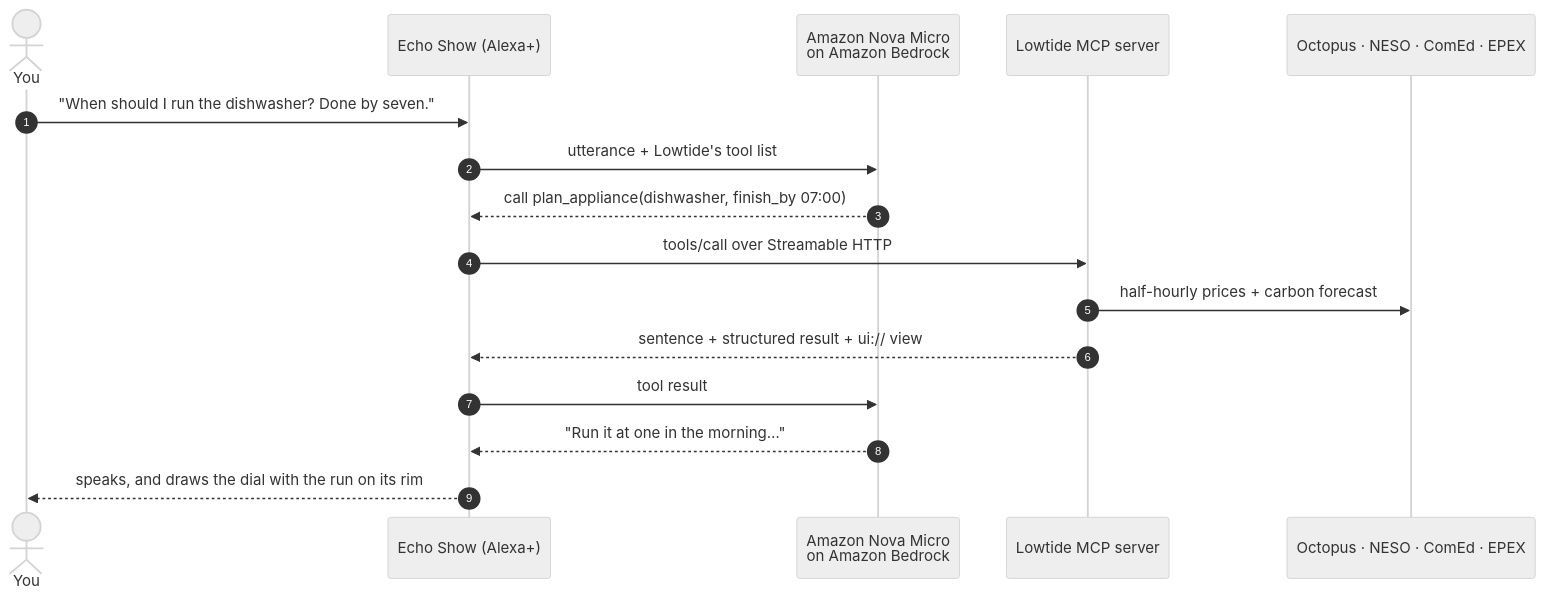
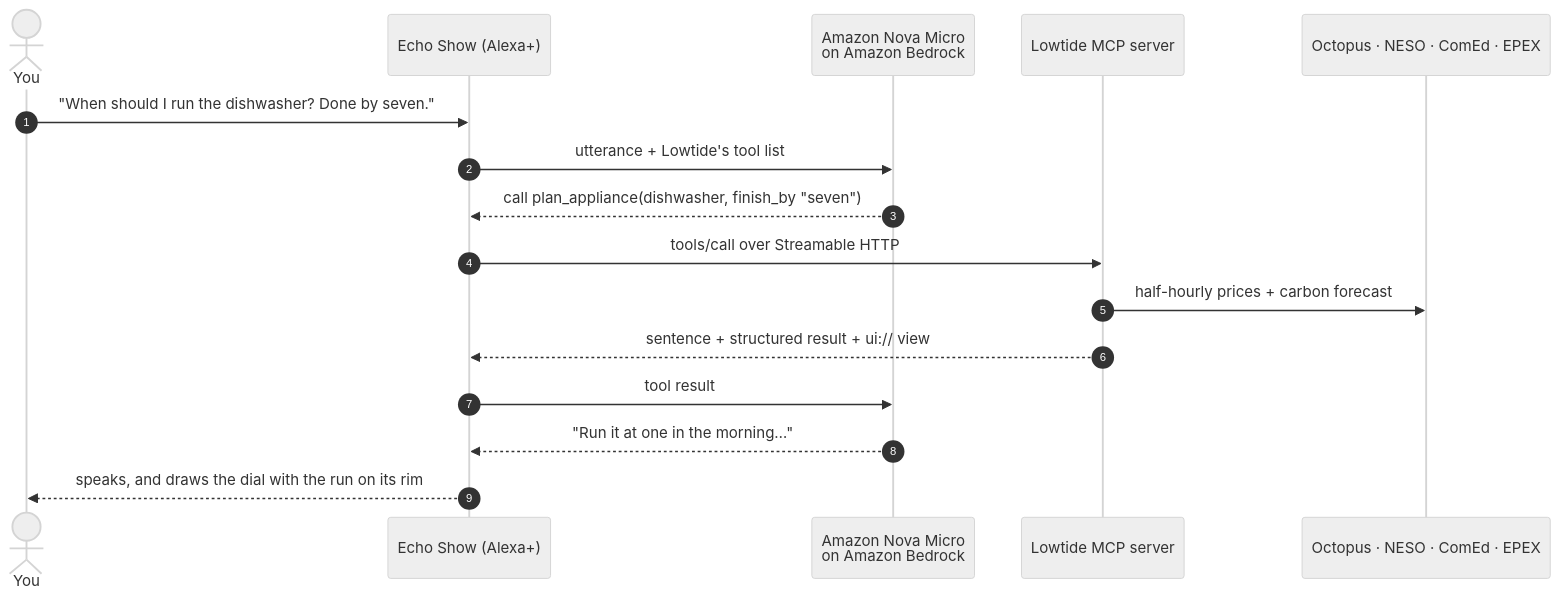
One commit to RohanGlitched/lowtide changed the first of 3 diagrams in README.md. Above: the diagram before and after it, drawn with Mermaid (neutral theme). The commit also changed other lines of this file, not shown here.

````diff
--- a/README.md
+++ b/README.md
@@ -82,18 +82,18 @@
 ```mermaid
 sequenceDiagram
     autonumber
     actor You
     participant Echo as Echo Show (Alexa+)
     participant Model as Amazon Nova Micro<br/>on Amazon Bedrock
     participant MCP as Lowtide MCP server
     participant Feeds as Octopus · NESO · ComEd · EPEX
     You->>Echo: "When should I run the dishwasher? Done by seven."
     Echo->>Model: utterance + Lowtide's tool list
-    Model-->>Echo: call plan_appliance(dishwasher, finish_by 07:00)
+    Model-->>Echo: call plan_appliance(dishwasher, finish_by "seven")
     Echo->>MCP: tools/call over Streamable HTTP
     MCP->>Feeds: half-hourly prices + carbon forecast
     MCP-->>Echo: sentence + structured result + ui:// view
     Echo->>Model: tool result
     Model-->>Echo: "Run it at one in the morning…"
     Echo-->>You: speaks, and draws the dial with the run on its rim
 ```
````
